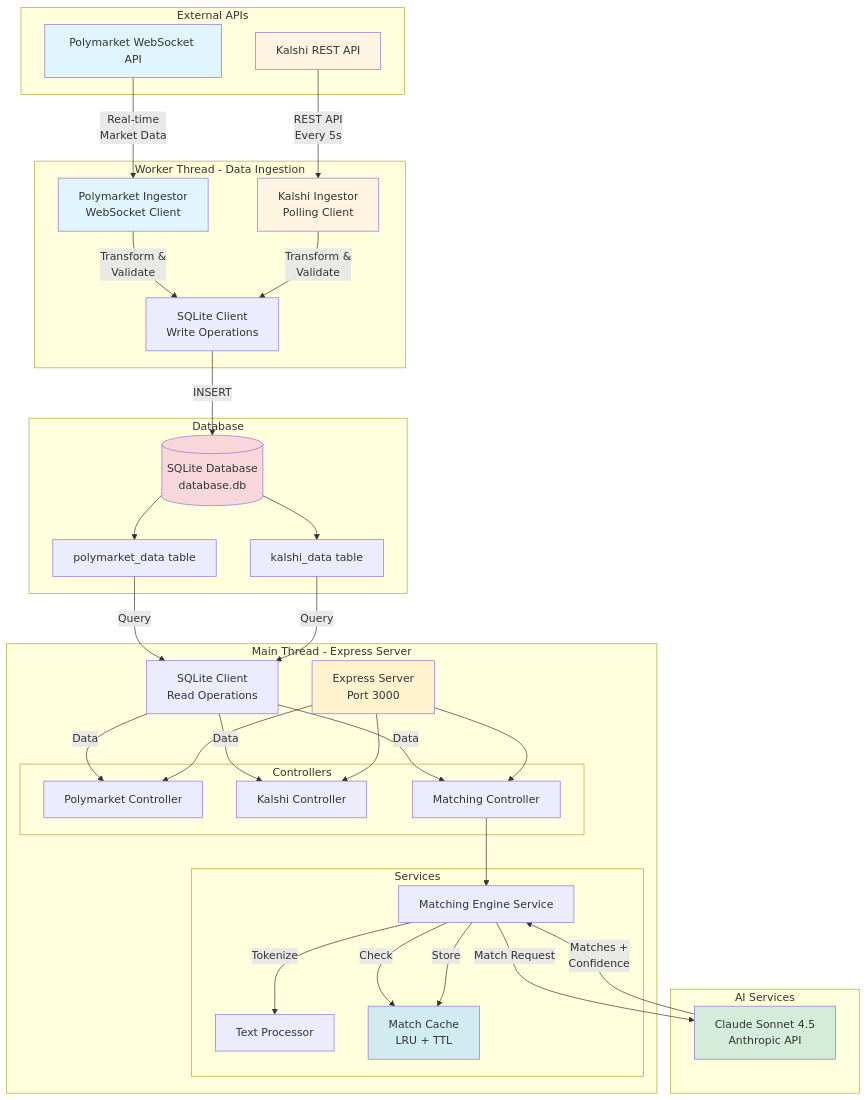
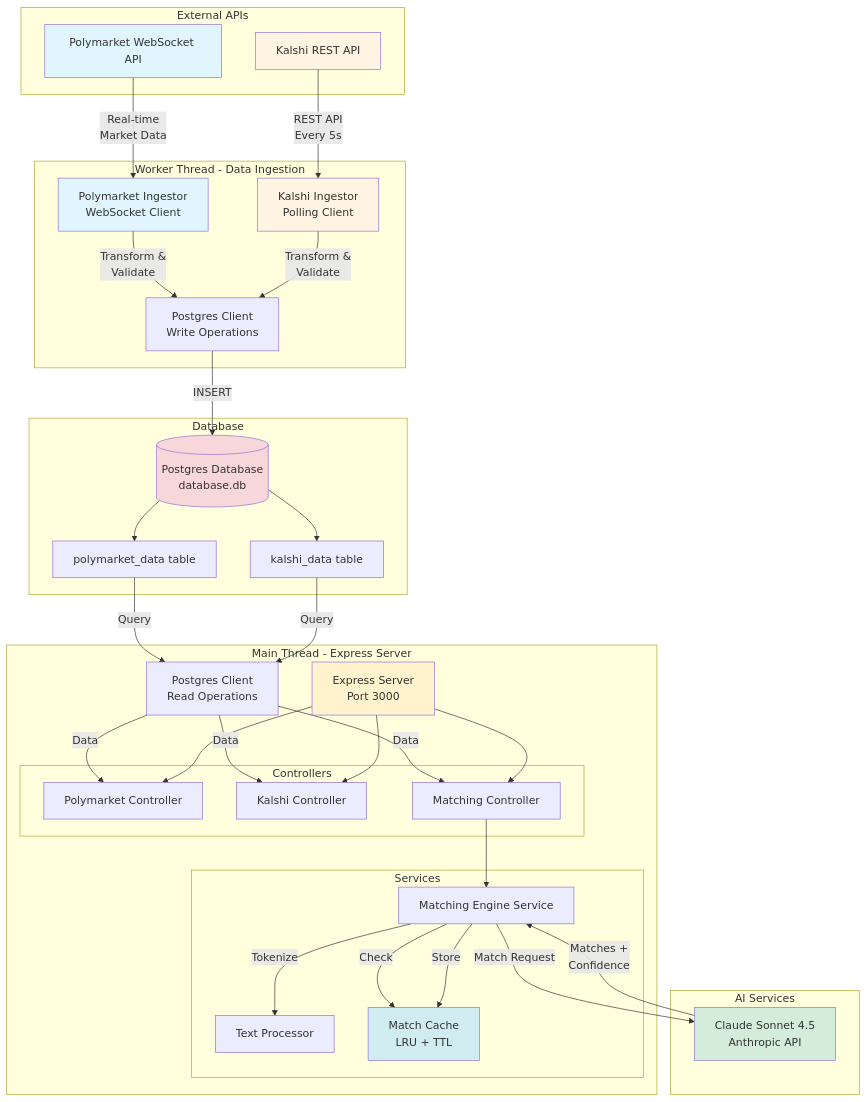
One commit to ivaaak/PredictionMarket-Arbitrage changed the first of 8 diagrams in architecture.md. Above: the diagram before and after it, drawn with Mermaid. The commit also changed other lines of this file and 16 other files, not shown here.

````diff
--- a/architecture.md
+++ b/architecture.md
@@ -5,78 +5,78 @@
 ```mermaid
 graph TB
     subgraph "External APIs"
         PM[Polymarket WebSocket API]
         KL[Kalshi REST API]
     end
 
     subgraph "Worker Thread - Data Ingestion"
         PMI[Polymarket Ingestor<br/>WebSocket Client]
         KLI[Kalshi Ingestor<br/>Polling Client]
-        WDB[SQLite Client<br/>Write Operations]
+        WDB[Postgres Client<br/>Write Operations]
     end
 
     subgraph "Main Thread - Express Server"
         SERVER[Express Server<br/>Port 3000]
         
         subgraph "Controllers"
             PMC[Polymarket Controller]
             KLC[Kalshi Controller]
             MC[Matching Controller]
         end
         
         subgraph "Services"
             ME[Matching Engine Service]
             TP[Text Processor]
             CACHE[Match Cache<br/>LRU + TTL]
         end
         
-        RDB[SQLite Client<br/>Read Operations]
+        RDB[Postgres Client<br/>Read Operations]
     end
 
     subgraph "Database"
-        DB[(SQLite Database<br/>database.db)]
+        DB[(Postgres Database<br/>database.db)]
         PMT[polymarket_data table]
         KLT[kalshi_data table]
     end
 
     subgraph "AI Services"
         CLAUDE[Claude Sonnet 4.5<br/>Anthropic API]
     end
 
     PM -->|Real-time<br/>Market Data| PMI
     KL -->|REST API<br/>Every 5s| KLI
     
     PMI -->|Transform &<br/>Validate| WDB
     KLI -->|Transform &<br/>Validate| WDB
     
     WDB -->|INSERT| DB
     DB --> PMT
     DB --> KLT
     
     PMT -->|Query| RDB
     KLT -->|Query| RDB
     
     RDB -->|Data| PMC
     RDB -->|Data| KLC
     RDB -->|Data| MC
     
     MC --> ME
     ME -->|Tokenize| TP
     ME -->|Check| CACHE
     ME -->|Match Request| CLAUDE
     CLAUDE -->|Matches +<br/>Confidence| ME
     ME -->|Store| CACHE
     
     SERVER --> PMC
     SERVER --> KLC
     SERVER --> MC
     
     style PM fill:#e1f5ff
     style KL fill:#fff4e1
     style PMI fill:#e1f5ff
     style KLI fill:#fff4e1
     style CLAUDE fill:#d4edda
     style DB fill:#f8d7da
     style CACHE fill:#d1ecf1
     style SERVER fill:#fff3cd
 ```
````
